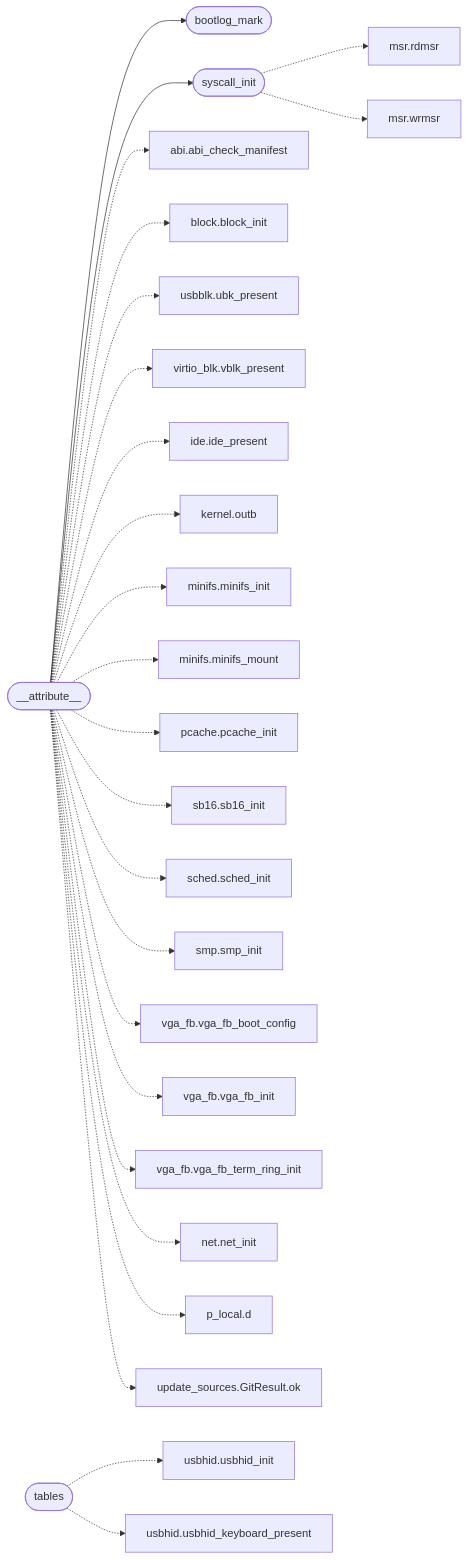
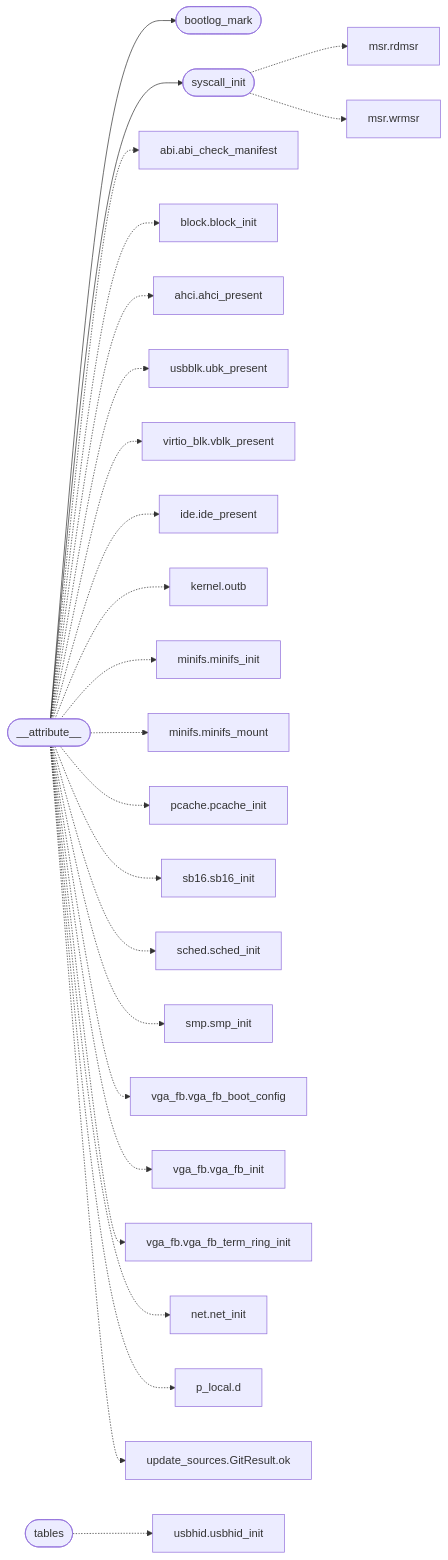
One commit to grisuno/miniOS changed the diagram in readmenator-apidocs/modules/kernel.c.md. Above: the diagram before and after it, drawn with Mermaid. The commit also changed other lines of this file and 184 other files, not shown here.

````diff
--- a/readmenator-apidocs/modules/kernel.c.md
+++ b/readmenator-apidocs/modules/kernel.c.md
@@ -17,53 +17,53 @@
 ```mermaid
 flowchart LR
     n_kernel_c____attribute__(["__attribute__"])
     n_kernel_c__bootlog_mark(["bootlog_mark"])
     n_kernel_c__syscall_init(["syscall_init"])
     n_headers_arch_x86_msr_h__rdmsr["msr.rdmsr"]
     n_headers_arch_x86_msr_h__wrmsr["msr.wrmsr"]
     n_headers_abi_h__abi_check_manifest["abi.abi_check_manifest"]
     n_headers_block_h__block_init["block.block_init"]
+    n_headers_drivers_ahci_h__ahci_present["ahci.ahci_present"]
     n_headers_drivers_usbblk_h__ubk_present["usbblk.ubk_present"]
     n_headers_drivers_virtio_blk_h__vblk_present["virtio_blk.vblk_present"]
     n_headers_ide_h__ide_present["ide.ide_present"]
     n_headers_kernel_h__outb["kernel.outb"]
     n_headers_minifs_h__minifs_init["minifs.minifs_init"]
     n_headers_minifs_h__minifs_mount["minifs.minifs_mount"]
     n_headers_pcache_h__pcache_init["pcache.pcache_init"]
     n_headers_sb16_h__sb16_init["sb16.sb16_init"]
     n_headers_sched_h__sched_init["sched.sched_init"]
     n_headers_smp_h__smp_init["smp.smp_init"]
     n_headers_vga_fb_h__vga_fb_boot_config["vga_fb.vga_fb_boot_config"]
     n_headers_vga_fb_h__vga_fb_init["vga_fb.vga_fb_init"]
     n_headers_vga_fb_h__vga_fb_term_ring_init["vga_fb.vga_fb_term_ring_init"]
     n_net_net_c__net_init["net.net_init"]
     n_progs_doomgeneric_p_local_h__d["p_local.d"]
     n_tools_update_sources_py__GitResult_ok["update_sources.GitResult.ok"]
     n_kernel_c__tables(["tables"])
     n_headers_drivers_usbhid_h__usbhid_init["usbhid.usbhid_init"]
-    n_headers_drivers_usbhid_h__usbhid_keyboard_present["usbhid.usbhid_keyboard_present"]
     n_kernel_c____attribute__ --> n_kernel_c__bootlog_mark
     n_kernel_c____attribute__ --> n_kernel_c__syscall_init
     n_kernel_c__syscall_init -.-> n_headers_arch_x86_msr_h__rdmsr
     n_kernel_c__syscall_init -.-> n_headers_arch_x86_msr_h__wrmsr
     n_kernel_c____attribute__ -.-> n_headers_abi_h__abi_check_manifest
     n_kernel_c____attribute__ -.-> n_headers_block_h__block_init
+    n_kernel_c____attribute__ -.-> n_headers_drivers_ahci_h__ahci_present
     n_kernel_c____attribute__ -.-> n_headers_drivers_usbblk_h__ubk_present
     n_kernel_c____attribute__ -.-> n_headers_drivers_virtio_blk_h__vblk_present
     n_kernel_c____attribute__ -.-> n_headers_ide_h__ide_present
     n_kernel_c____attribute__ -.-> n_headers_kernel_h__outb
     n_kernel_c____attribute__ -.-> n_headers_minifs_h__minifs_init
     n_kernel_c____attribute__ -.-> n_headers_minifs_h__minifs_mount
     n_kernel_c____attribute__ -.-> n_headers_pcache_h__pcache_init
     n_kernel_c____attribute__ -.-> n_headers_sb16_h__sb16_init
     n_kernel_c____attribute__ -.-> n_headers_sched_h__sched_init
     n_kernel_c____attribute__ -.-> n_headers_smp_h__smp_init
     n_kernel_c____attribute__ -.-> n_headers_vga_fb_h__vga_fb_boot_config
     n_kernel_c____attribute__ -.-> n_headers_vga_fb_h__vga_fb_init
     n_kernel_c____attribute__ -.-> n_headers_vga_fb_h__vga_fb_term_ring_init
     n_kernel_c____attribute__ -.-> n_net_net_c__net_init
     n_kernel_c____attribute__ -.-> n_progs_doomgeneric_p_local_h__d
     n_kernel_c____attribute__ -.-> n_tools_update_sources_py__GitResult_ok
     n_kernel_c__tables -.-> n_headers_drivers_usbhid_h__usbhid_init
-    n_kernel_c__tables -.-> n_headers_drivers_usbhid_h__usbhid_keyboard_present
 ```
````
